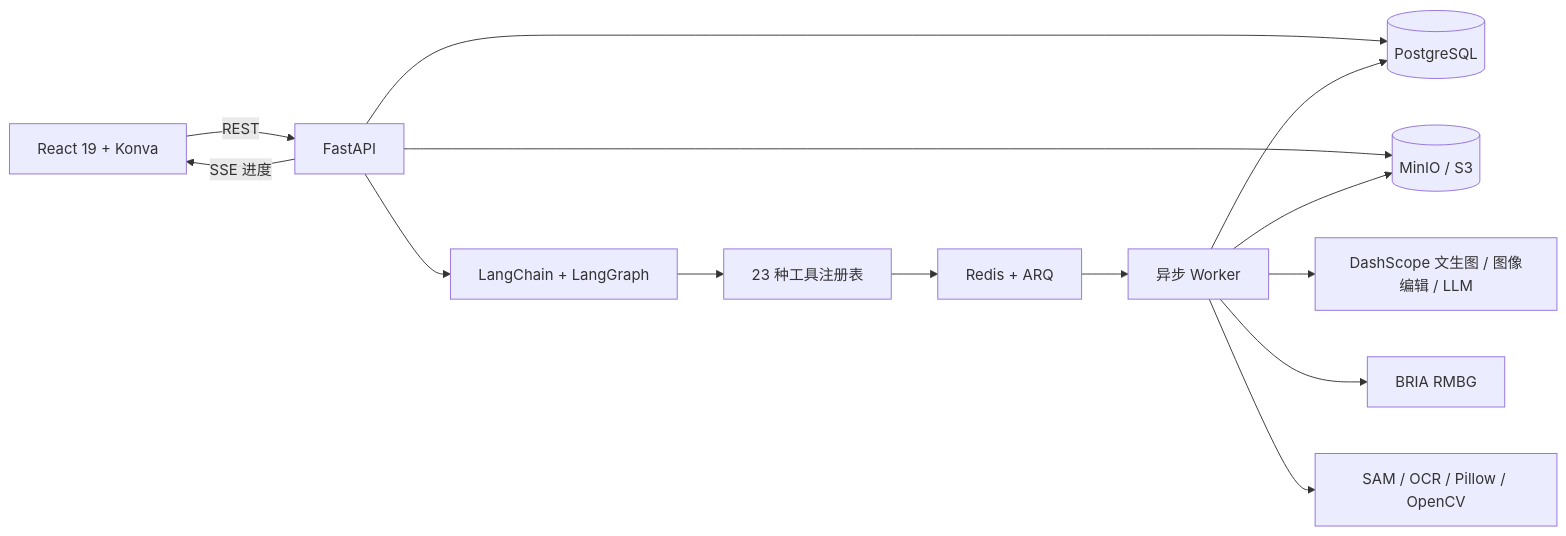
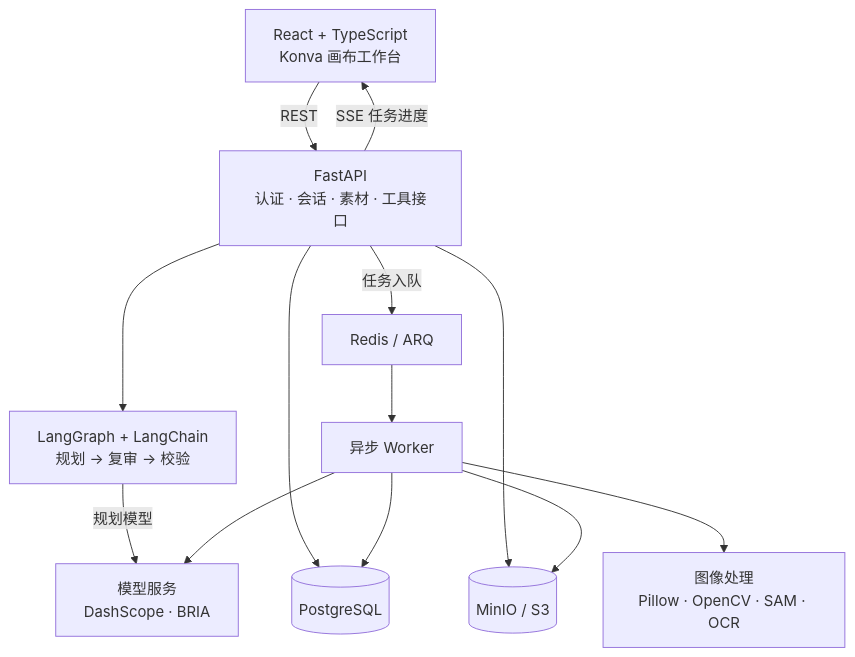
Before and after one commit to Jan-mx/VisionDesk: the diagram in README.md, drawn with Mermaid. The commit also changed other lines of this file and 5 other files, not shown here.

````diff
--- a/README.md
+++ b/README.md
@@ -75,18 +121,25 @@
 ```mermaid
-flowchart LR
-    Browser[React 19 + Konva] -->|REST| API[FastAPI]
-    API -->|SSE 进度| Browser
-    API --> Agent[LangChain + LangGraph]
-    Agent --> Registry[23 种工具注册表]
-    Registry --> Queue[Redis + ARQ]
-    Queue --> Worker[异步 Worker]
+flowchart TB
+    UI["React + TypeScript<br/>Konva 画布工作台"]
+    API["FastAPI<br/>认证 · 会话 · 素材 · 工具接口"]
+    Agent["LangGraph + LangChain<br/>规划 → 复审 → 校验"]
+    Queue["Redis / ARQ"]
+    Worker["异步 Worker"]
+    DB[(PostgreSQL)]
+    Storage[(MinIO / S3)]
+    Models["模型服务<br/>DashScope · BRIA"]
+    ImageTools["图像处理<br/>Pillow · OpenCV · SAM · OCR"]
 
-    API --> PostgreSQL[(PostgreSQL)]
-    API --> MinIO[(MinIO / S3)]
-    Worker --> PostgreSQL
-    Worker --> MinIO
-
-    Worker --> DashScope[DashScope 文生图 / 图像编辑 / LLM]
-    Worker --> BRIA[BRIA RMBG]
-    Worker --> CV[SAM / OCR / Pillow / OpenCV]
+    UI -->|REST| API
+    API --> Agent
+    API -->|任务入队| Queue
+    Queue --> Worker
+    API --> DB
+    API --> Storage
+    Worker --> DB
+    Worker --> Storage
+    Agent -->|规划模型| Models
+    Worker --> Models
+    Worker --> ImageTools
+    API -->|SSE 任务进度| UI
 ```
````
